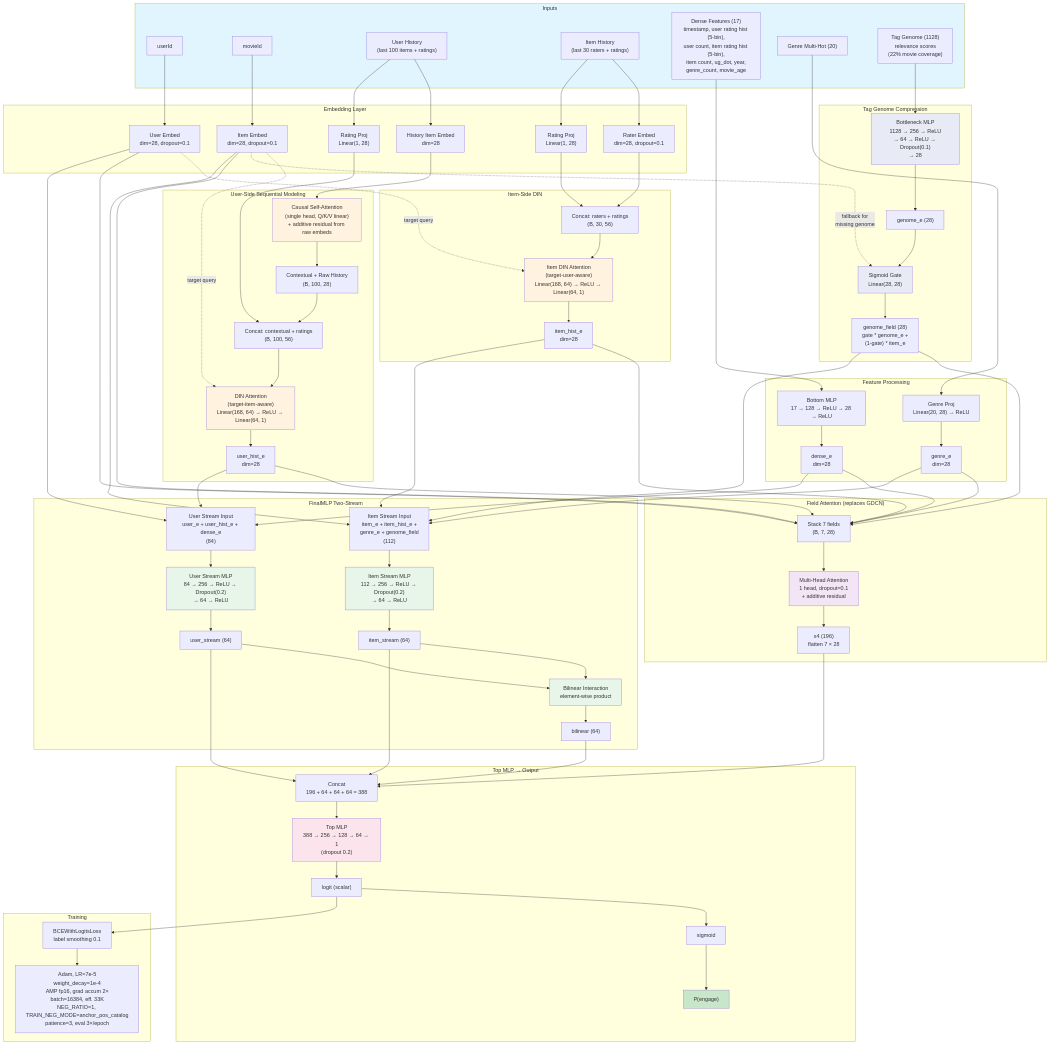
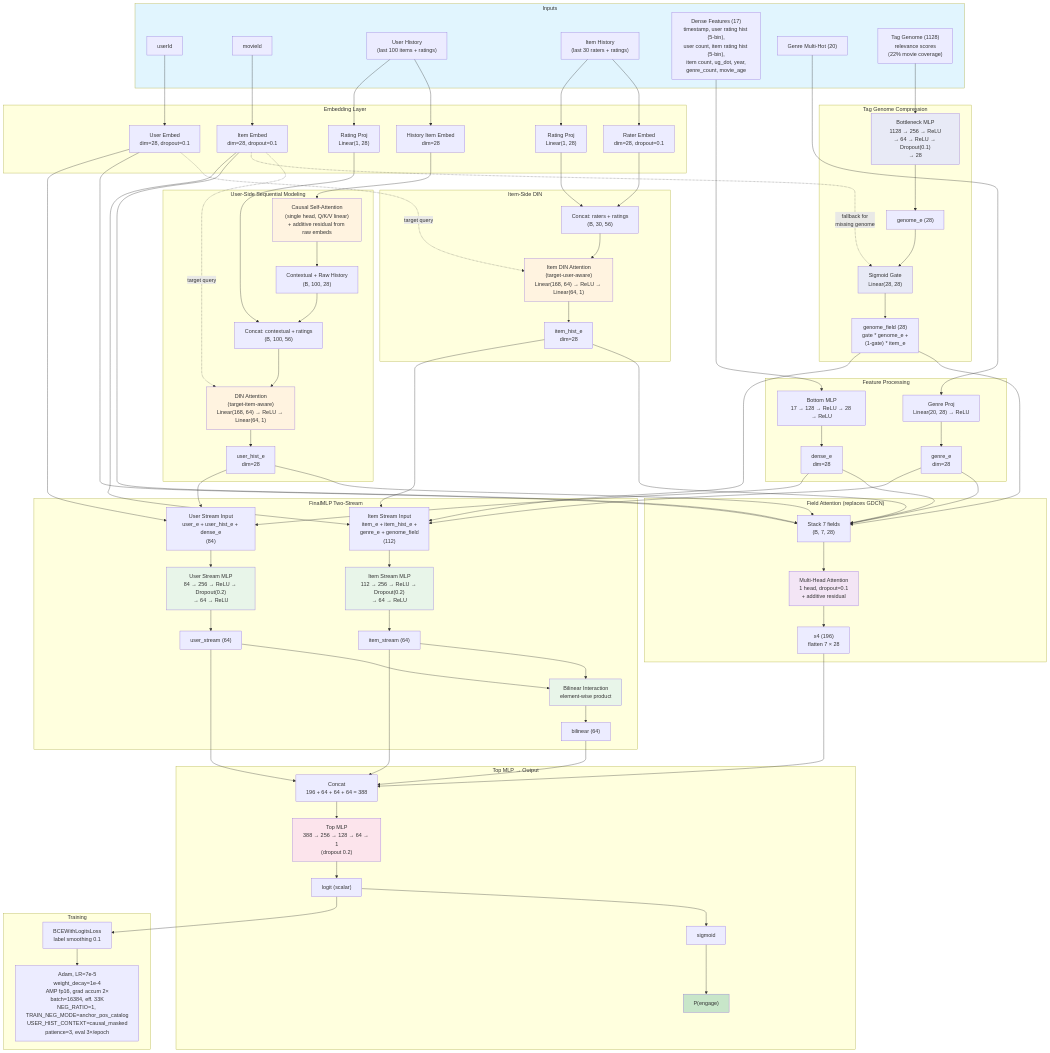
One commit to thuningxu/movielens changed the second of 2 diagrams in README.md. Above: the diagram before and after it, drawn with Mermaid. The commit also changed 3 other files, not shown here.

Commit message:
Enable user-side causal history masking

```diff
--- a/README.md
+++ b/README.md
@@ -133,7 +133,7 @@
 
     subgraph "Training"
         LOGIT --> LOSS["BCEWithLogitsLoss<br/>label smoothing 0.1"]
-        LOSS --> OPT["Adam, LR=7e-5<br/>weight_decay=1e-4<br/>AMP fp16, grad accum 2×<br/>batch=16384, eff. 33K<br/>NEG_RATIO=1, TRAIN_NEG_MODE=anchor_pos_catalog<br/>patience=3, eval 3×/epoch"]
+        LOSS --> OPT["Adam, LR=7e-5<br/>weight_decay=1e-4<br/>AMP fp16, grad accum 2×<br/>batch=16384, eff. 33K<br/>NEG_RATIO=1, TRAIN_NEG_MODE=anchor_pos_catalog<br/>USER_HIST_CONTEXT=causal_masked<br/>patience=3, eval 3×/epoch"]
     end
 
     style Inputs fill:#e1f5fe
```
